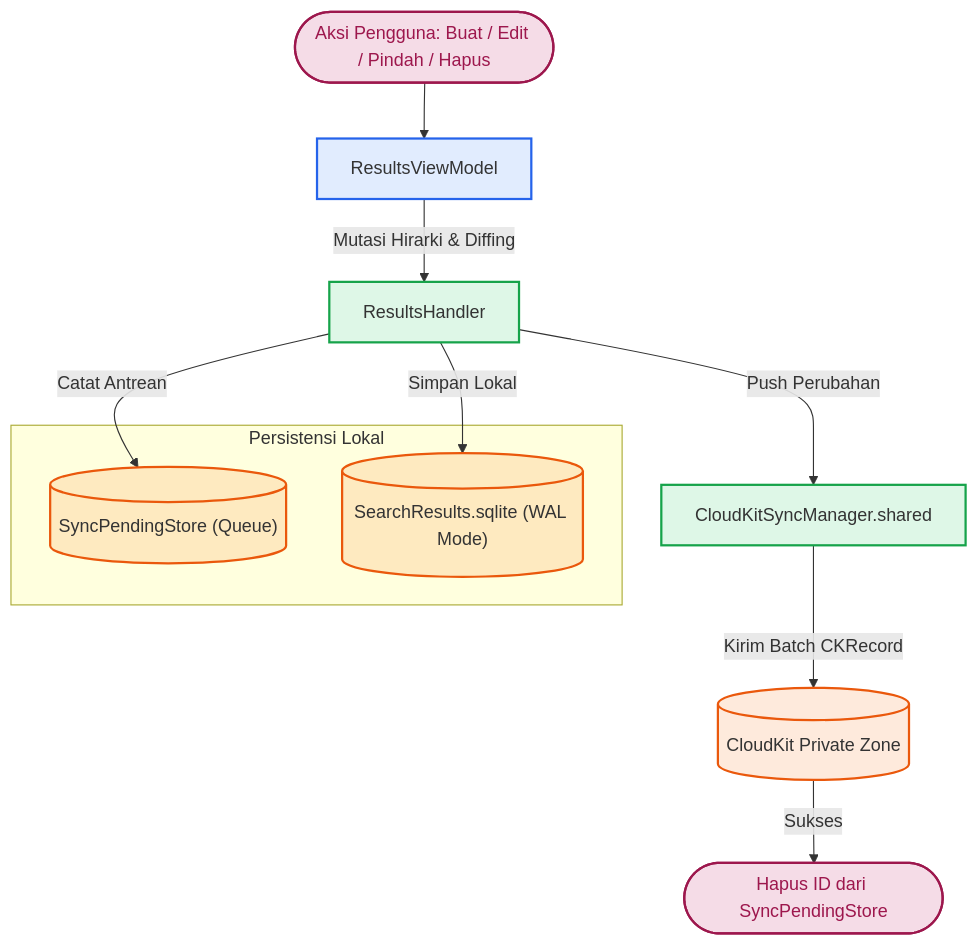
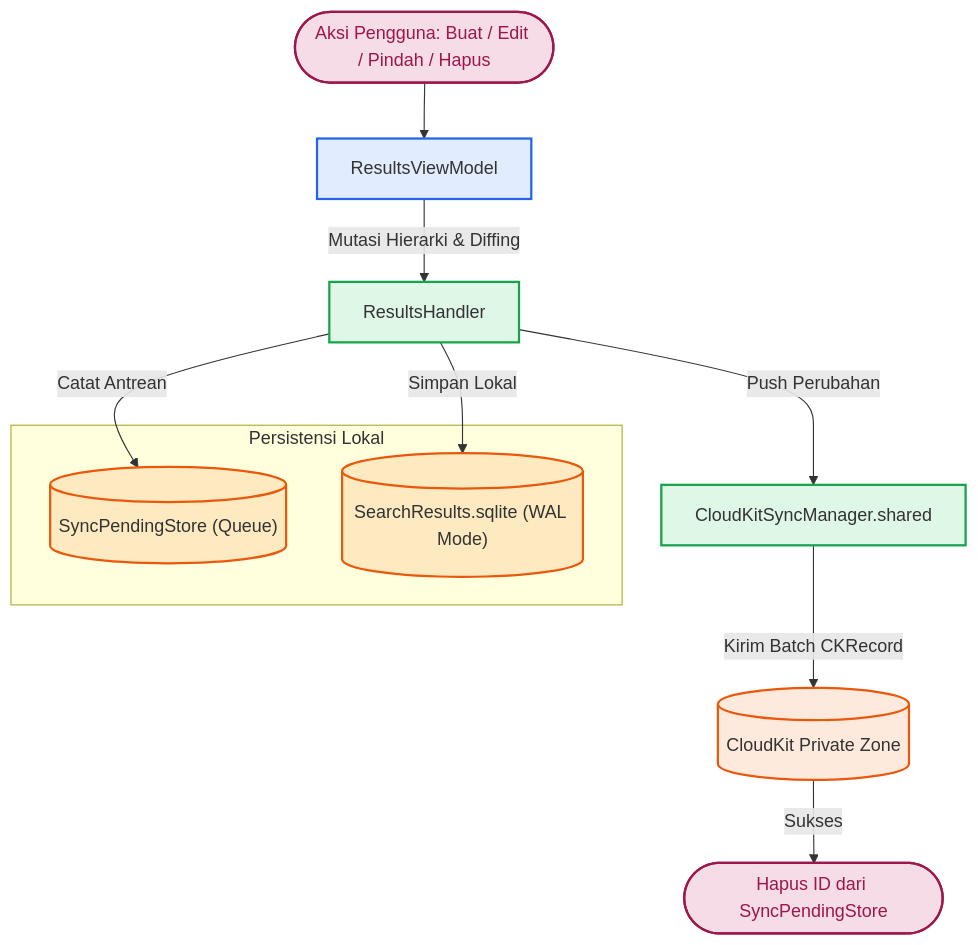
Before and after one commit to bismillah-100/Maktabah: the second of 3 diagrams in docs/features/bookmarks/database.md, drawn with Mermaid. The commit also changed other lines of this file and 4 other files, not shown here.

````diff
--- a/docs/features/bookmarks/database.md
+++ b/docs/features/bookmarks/database.md
@@ -156,32 +156,32 @@
 ```mermaid
 flowchart TD
     ACT(["Aksi Pengguna: Buat / Edit / Pindah / Hapus"]) --> VM["ResultsViewModel"]
-    VM -->|"Mutasi Hirarki & Diffing"| Handler["ResultsHandler"]
+    VM -->|"Mutasi Hierarki & Diffing"| Handler["ResultsHandler"]
     
     Handler ~~~ STORES
     
     subgraph STORES ["Persistensi Lokal"]
         Pending[("SyncPendingStore (Queue)")]
         SQLite[("SearchResults.sqlite (WAL Mode)")]
     end
     
     Handler -->|"Catat Antrean"| Pending
     Handler -->|"Simpan Lokal"| SQLite
     
     Handler -->|"Push Perubahan"| CK["CloudKitSyncManager.shared"]
     CloudKit[("CloudKit Private Zone")]
     
     CK -->|"Kirim Batch CKRecord"| CloudKit
     CloudKit -->|"Sukses"| ClearPending(["Hapus ID dari SyncPendingStore"])
 
     classDef ui fill:#e040fb26,stroke:#c026d3,stroke-width:2px;
     classDef vm fill:#3b82f626,stroke:#2563eb,stroke-width:2px;
     classDef store fill:#22c55e26,stroke:#16a34a,stroke-width:2px;
     classDef db fill:#f9731626,stroke:#ea580c,stroke-width:2px;
     classDef event fill:#be185d26,stroke:#9d174d,stroke-width:2px,color:#9d174d;
 
     class ACT,ClearPending event;
     class VM vm;
     class Handler,CK store;
     class Pending,SQLite,CloudKit db;
 ```
````
